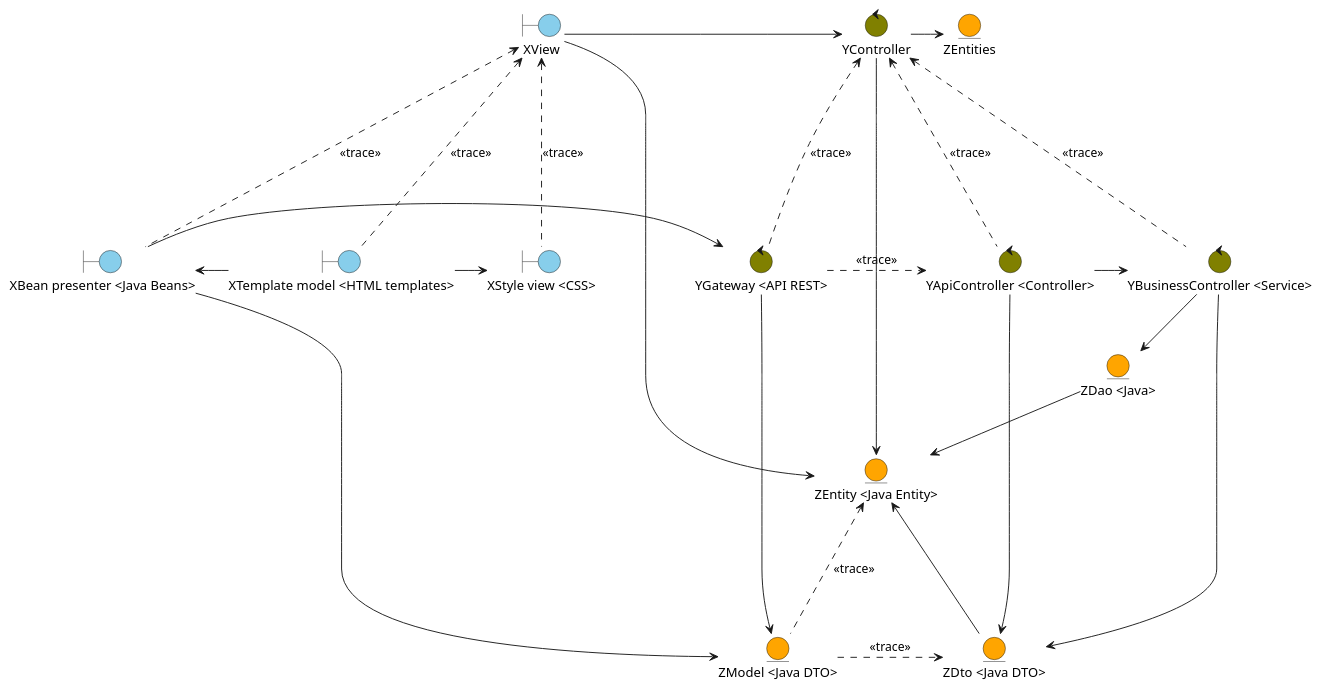
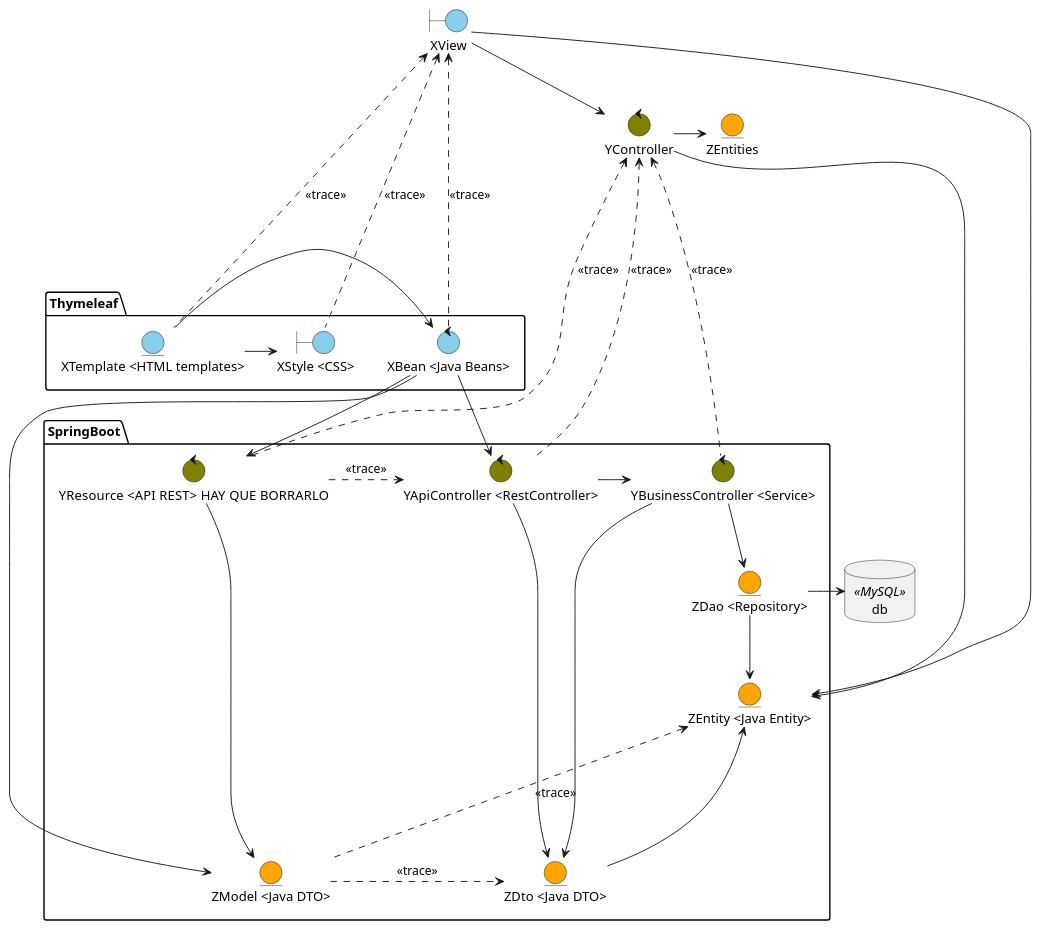
The diagram in documentation/diagrams/2_analysis/useCasesAnalysis/useCasesDesign.puml (zuldare/mastercloud_pfm_halterocms), drawn with PlantUML before and after one commit. The commit also changed 2 other files, not shown here.

```diff
--- a/documentation/diagrams/2_analysis/useCasesAnalysis/useCasesDesign.puml
+++ b/documentation/diagrams/2_analysis/useCasesAnalysis/useCasesDesign.puml
@@ -1,58 +1,76 @@
 @startuml
 'left to right direction
 
 boundary XView #skyblue
 control YController #olive
 entity ZEntities #orange
 
-boundary "XTemplate model <HTML templates>" as template #skyblue
-boundary "XStyle view <CSS>" as css #skyblue
-boundary "XBean presenter <Java Beans>" as javaBean #skyblue
-control "YGateway <API REST>" as apiRest #olive
-control "YApiController <Controller>" as apiController #olive
-control "YBusinessController <Service>" as service  #olive
 
+package Thymeleaf {
+  entity "XTemplate <HTML templates>" as template #skyblue
+  boundary "XStyle <CSS>" as css #skyblue
+  control "XBean <Java Beans>" as javaBean #skyblue
+}
+
+package SpringBoot {
+
+  control "YResource <API REST>  HAY QUE BORRARLO" as apiRest #olive
+  control "YApiController <RestController>" as apiController #olive
+  control "YBusinessController <Service>" as service  #olive
+
+' AQUI HAY QUE MODIFICAR BIEN ¿Cúal es el dto de entrada
+  entity "ZModel <Java DTO>" as zModel #orange
+  entity "ZDto <Java DTO>" as zDto #orange
+  entity "ZDao <Repository>" as zDao #orange
+  entity "ZEntity <Java Entity>" as zEntity #orange
+}
+
+database db <<MySQL>>
+' añadirle propiedades de la base de datos pass, users, database name
+' pintar una request de entrada e
+' pintar una response de salida
+
+
+javaBean --> apiController
 XView --right---> YController
 YController ---right--> ZEntities
 
+zDao -right--> db
 
 
 css <-left- template
 template -right-> javaBean
 
 
 YController <..down.. apiRest :<<trace>>
 
 XView <.... template : <<trace>>
 XView <.... css : <<trace>>
 XView <.... javaBean : <<trace>>
 
 javaBean -> apiRest
 
 YController <.... apiController : <<trace>>
 YController <.... service : <<trace>>
 
 apiRest ..right..> apiController : <<trace>>
 apiController -right--> service
 
-entity "ZModel <Java DTO>" as zModel #orange
-entity "ZDto <Java DTO>" as zDto #orange
-entity "ZDao <Java>" as zDao #orange
-entity "ZEntity <Java Entity>" as zEntity #orange
+
 
 XView -down-> zEntity
 YController -----> zEntity
 
 zModel ..up.> zEntity : <<trace>>
 zModel ..right.> zDto: <<trace>>
 'zDto ..up.> ZEntities: <<trace>>
 zEntity <-- zDto
 zDao --> zEntity
 service --> zDto
 
 apiRest --> zModel
 apiController --down-> zDto
 service --> zDao
 javaBean --> zModel
 
 @enduml
```
